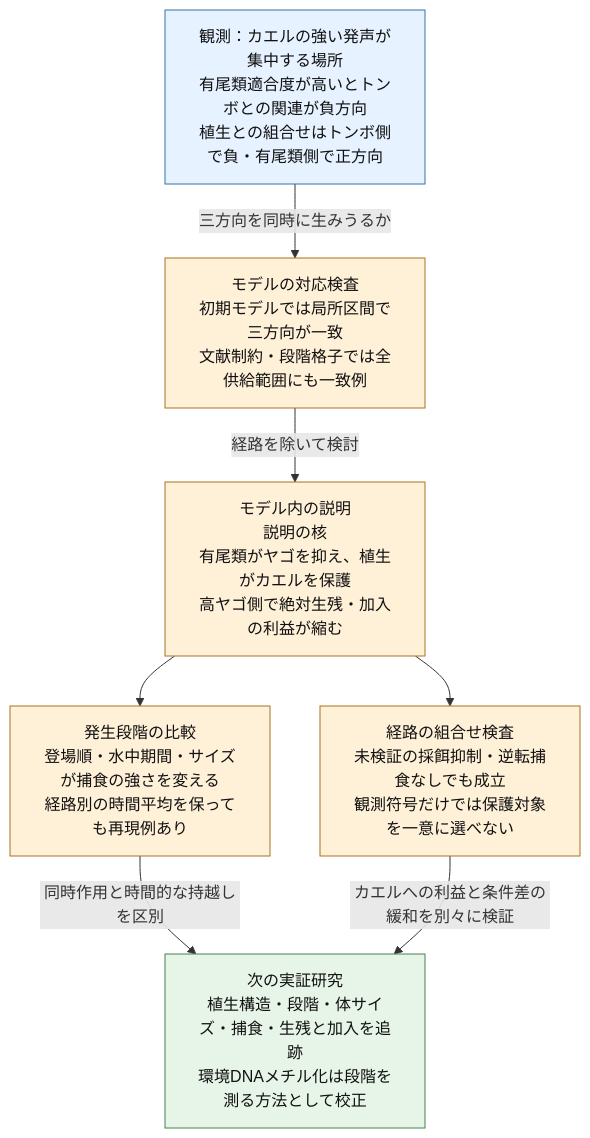
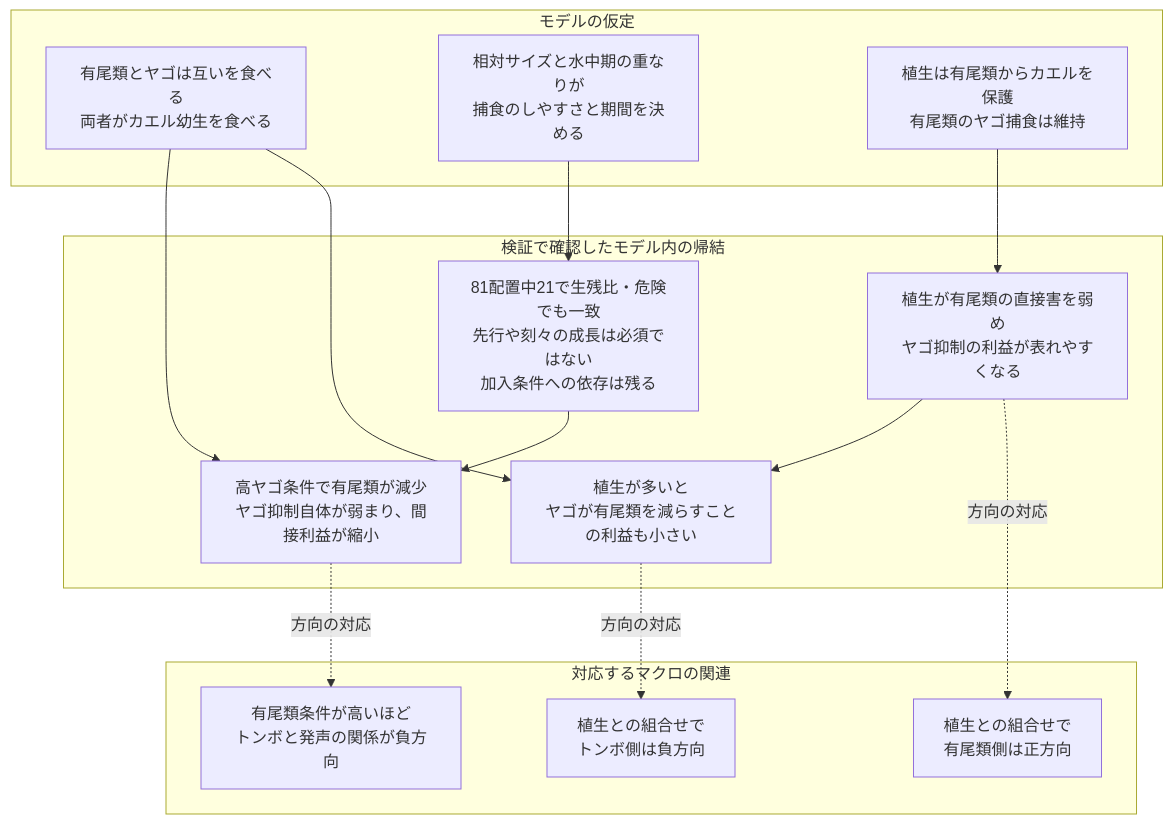
The diagram in research/manuscript/ECOLOGICAL_DISCUSSION_CONCLUSION_2026-10-27.md (zuizui0223/frogcs), drawn with Mermaid before and after one commit. The commit also changed other lines of this file and 1 other file, not shown here.

````diff
--- a/research/manuscript/ECOLOGICAL_DISCUSSION_CONCLUSION_2026-10-27.md
+++ b/research/manuscript/ECOLOGICAL_DISCUSSION_CONCLUSION_2026-10-27.md
@@ -87,21 +68,28 @@
 ```mermaid
 flowchart TB
-    A["観測：カエルの強い発声が集中する場所<br/>有尾類適合度が高いとトンボとの関連が負方向<br/>植生との組合せはトンボ側で負・有尾類側で正方向"]
-    B["モデルの対応検査<br/>初期モデルでは局所区間で三方向が一致<br/>文献制約・段階格子では全供給範囲にも一致例"]
-    C["モデル内の説明<br/>説明の核<br/>有尾類がヤゴを抑え、植生がカエルを保護<br/>高ヤゴ側で絶対生残・加入の利益が縮む"]
-    D["発生段階の比較<br/>登場順・水中期間・サイズが捕食の強さを変える<br/>経路別の時間平均を保っても再現例あり"]
-    E["経路の組合せ検査<br/>未検証の採餌抑制・逆転捕食なしでも成立<br/>観測符号だけでは保護対象を一意に選べない"]
-    F["次の実証研究<br/>植生構造・段階・体サイズ・捕食・生残と加入を追跡<br/>環境DNAメチル化は段階を測る方法として校正"]
-    A -->|三方向を同時に生みうるか| B
-    B -->|経路を除いて検討| C
-    C --> D
-    C --> E
-    D -->|同時作用と時間的な持越しを区別| F
-    E -->|カエルへの利益と条件差の緩和を別々に検証| F
-    classDef observed fill:#e6f2ff,stroke:#3673a5,color:#111;
-    classDef modeled fill:#fff0d8,stroke:#a87323,color:#111;
-    classDef future fill:#e7f4e8,stroke:#48804e,color:#111;
-    class A observed;
-    class B,C,D,E modeled;
-    class F future;
+  subgraph A["モデルの仮定"]
+    A1["有尾類とヤゴは互いを食べる<br/>両者がカエル幼生を食べる"]
+    A2["相対サイズと水中期の重なりが<br/>捕食のしやすさと期間を決める"]
+    A3["植生は有尾類からカエルを保護<br/>有尾類のヤゴ捕食は維持"]
+  end
+  subgraph B["検証で確認したモデル内の帰結"]
+    B1["高ヤゴ条件で有尾類が減少<br/>ヤゴ抑制自体が弱まり、間接利益が縮小"]
+    B2["植生が有尾類の直接害を弱め<br/>ヤゴ抑制の利益が表れやすくなる"]
+    B3["植生が多いと<br/>ヤゴが有尾類を減らすことの利益も小さい"]
+    B4["81配置中21で生残比・危険でも一致<br/>先行や刻々の成長は必須ではない<br/>加入条件への依存は残る"]
+  end
+  subgraph C["対応するマクロの関連"]
+    C1["有尾類条件が高いほど<br/>トンボと発声の関係が負方向"]
+    C2["植生との組合せで<br/>有尾類側は正方向"]
+    C3["植生との組合せで<br/>トンボ側は負方向"]
+  end
+  A1 --> B1
+  A2 --> B4
+  A3 --> B2
+  B2 --> B3
+  A1 --> B3
+  B4 --> B1
+  B1 -. "方向の対応" .-> C1
+  B2 -. "方向の対応" .-> C2
+  B3 -. "方向の対応" .-> C3
 ```
````
